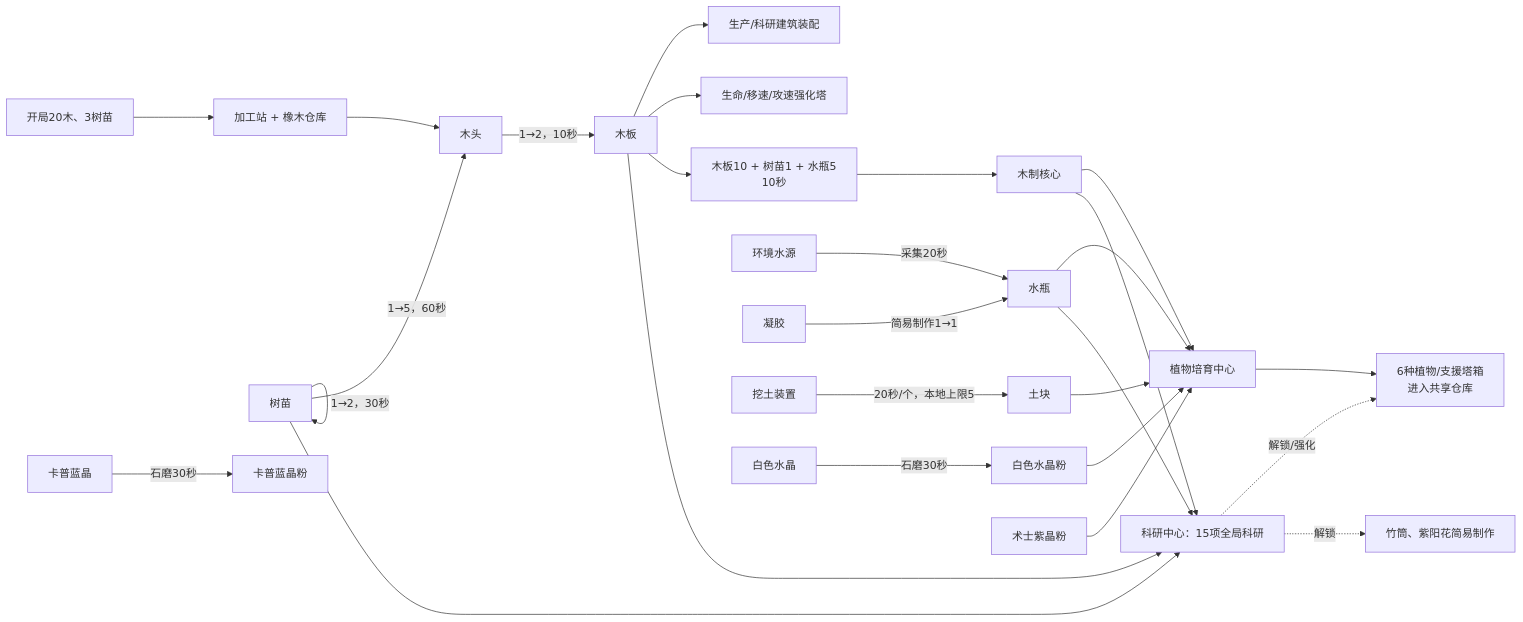
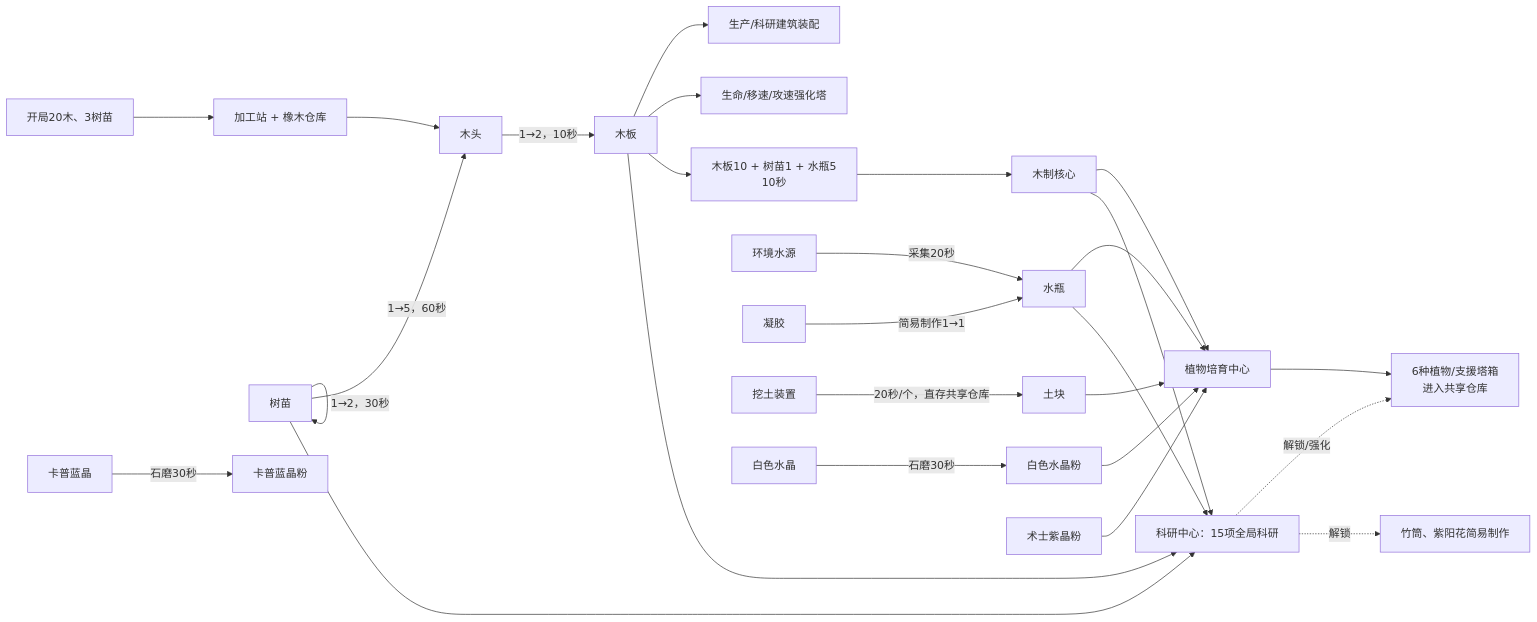
One commit to wanheng20031114/arc-nice changed the third of 9 diagrams in reports/tower_defense_production_flow.md. Above: the diagram before and after it, drawn with Mermaid. The commit also changed other lines of this file and 18 other files, not shown here.

````diff
--- a/reports/tower_defense_production_flow.md
+++ b/reports/tower_defense_production_flow.md
@@ -70,33 +70,33 @@
 ```mermaid
 flowchart LR
     Start["开局20木、3树苗"] --> Bootstrap["加工站 + 橡木仓库"]
     Bootstrap --> Wood["木头"]
     Wood -->|"1→2，10秒"| Plank["木板"]
     Sapling["树苗"] -->|"1→2，30秒"| Sapling
     Sapling -->|"1→5，60秒"| Wood
 
     Plank --> Utility["生产/科研建筑装配"]
     Plank --> Support["生命/移速/攻速强化塔"]
     Plank --> CoreRecipe["木板10 + 树苗1 + 水瓶5<br/>10秒"]
     CoreRecipe --> Core["木制核心"]
 
     WaterSource["环境水源"] -->|"采集20秒"| Water["水瓶"]
     Gel["凝胶"] -->|"简易制作1→1"| Water
     Core --> Cultivation["植物培育中心"]
     Water --> Cultivation
     Dirt["土块"] --> Cultivation
     WhitePowder["白色水晶粉"] --> Cultivation
     VioletPowder["术士紫晶粉"] --> Cultivation
     Cultivation --> Towers["6种植物/支援塔箱<br/>进入共享仓库"]
 
-    Excavator["挖土装置"] -->|"20秒/个，本地上限5"| Dirt
+    Excavator["挖土装置"] -->|"20秒/个，直存共享仓库"| Dirt
     WhiteCrystal["白色水晶"] -->|"石磨30秒"| WhitePowder
     BlueCrystal["卡普蓝晶"] -->|"石磨30秒"| BluePowder["卡普蓝晶粉"]
 
     Plank --> Research["科研中心：15项全局科研"]
     Water --> Research
     Sapling --> Research
     Core --> Research
     Research -.->|"解锁/强化"| Towers
     Research -.->|"解锁"| SimpleRoutes["竹筒、紫阳花简易制作"]
 ```
````
